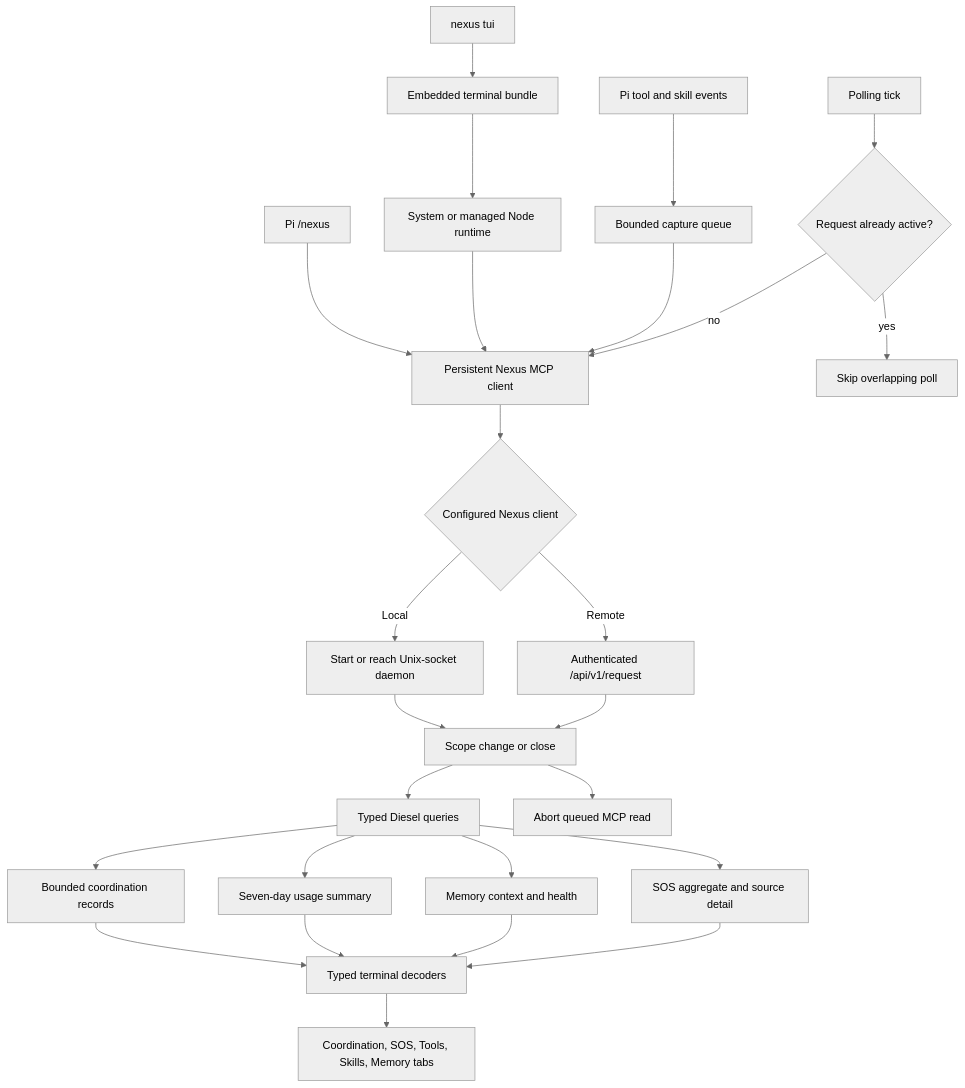
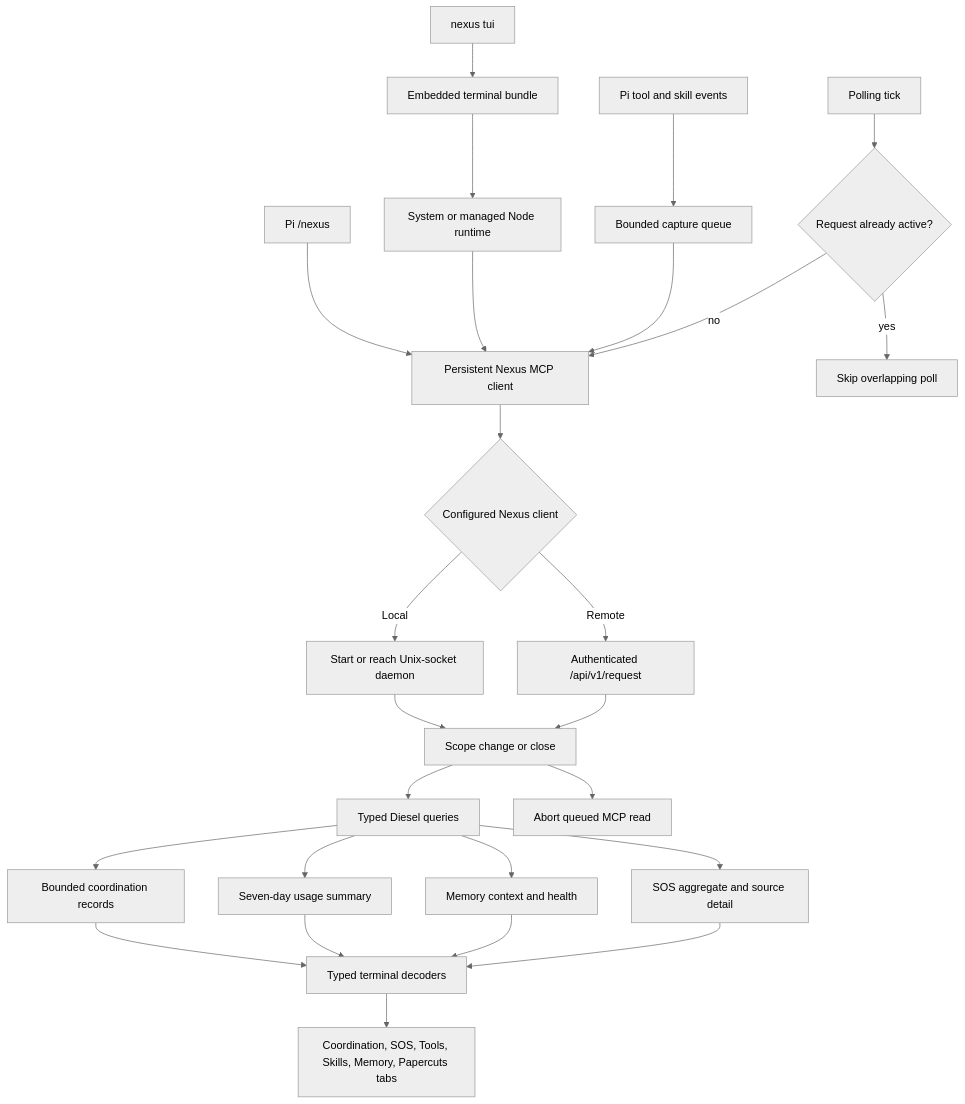
Before and after one commit to warrenronsiek/nexus: the diagram in docs/features/observability-ui.md, drawn with Mermaid (neutral theme). The commit also changed other lines of this file and 22 other files, not shown here.

````diff
--- a/docs/features/observability-ui.md
+++ b/docs/features/observability-ui.md
@@ -23,28 +23,28 @@
 ```mermaid
 flowchart TD
     A[Pi /nexus] --> B[Persistent Nexus MCP client]
     C[nexus tui] --> D[Embedded terminal bundle]
     D --> E[System or managed Node runtime]
     E --> B
     F[Pi tool and skill events] --> G[Bounded capture queue]
     G --> B
     B --> H{Configured Nexus client}
     H -->|Local| I[Start or reach Unix-socket daemon]
     H -->|Remote| J[Authenticated /api/v1/request]
     I --> S[NexusService]
     J --> S
     S --> QD[Typed Diesel queries]
     QD --> K[Bounded coordination records]
     QD --> L[Seven-day usage summary]
     QD --> M[Memory context and health]
     QD --> SI[SOS aggregate and source detail]
     K --> N[Typed terminal decoders]
     L --> N
     M --> N
     SI --> N
-    N --> O[Coordination, SOS, Tools, Skills, Memory tabs]
+    N --> O[Coordination, SOS, Tools, Skills, Memory, Papercuts tabs]
     P[Polling tick] --> Q{Request already active?}
     Q -->|yes| R[Skip overlapping poll]
     Q -->|no| B
     S[Scope change or close] --> T[Abort queued MCP read]
 ```
````
